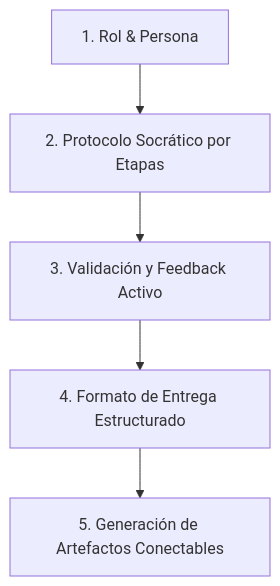
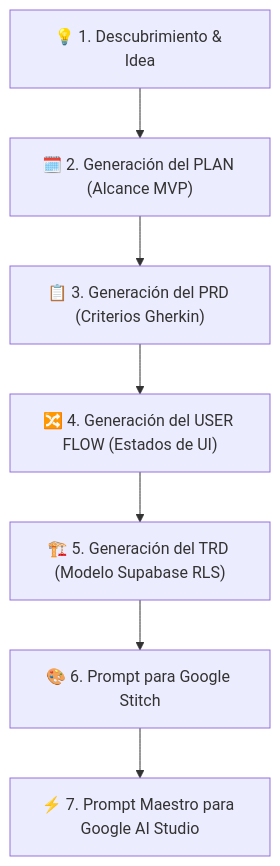
Before and after one commit to miuguelt/guia-desarrollo-guiado: the diagram in 01_CREACION_GEMA_GEMINI.md, drawn with Mermaid. The commit also changed other lines of this file and 16 other files, not shown here.

````diff
--- a/01_CREACION_GEMA_GEMINI.md
+++ b/01_CREACION_GEMA_GEMINI.md
@@ -26,7 +26,9 @@
 ```mermaid
 graph TD
-    A["1. Rol & Persona"] --> B["2. Protocolo Socrático por Etapas"]
-    B --> C["3. Validación y Feedback Activo"]
-    C --> D["4. Formato de Entrega Estructurado"]
-    D --> E["5. Generación de Artefactos Conectables"]
+    A["💡 1. Descubrimiento & Idea"] --> B["🗓️ 2. Generación del PLAN (Alcance MVP)"]
+    B --> C["📋 3. Generación del PRD (Criterios Gherkin)"]
+    C --> D["🔀 4. Generación del USER FLOW (Estados de UI)"]
+    D --> E["🏗️ 5. Generación del TRD (Modelo Supabase RLS)"]
+    E --> F["🎨 6. Prompt para Google Stitch"]
+    F --> G["⚡ 7. Prompt Maestro para Google AI Studio"]
 ```
````
